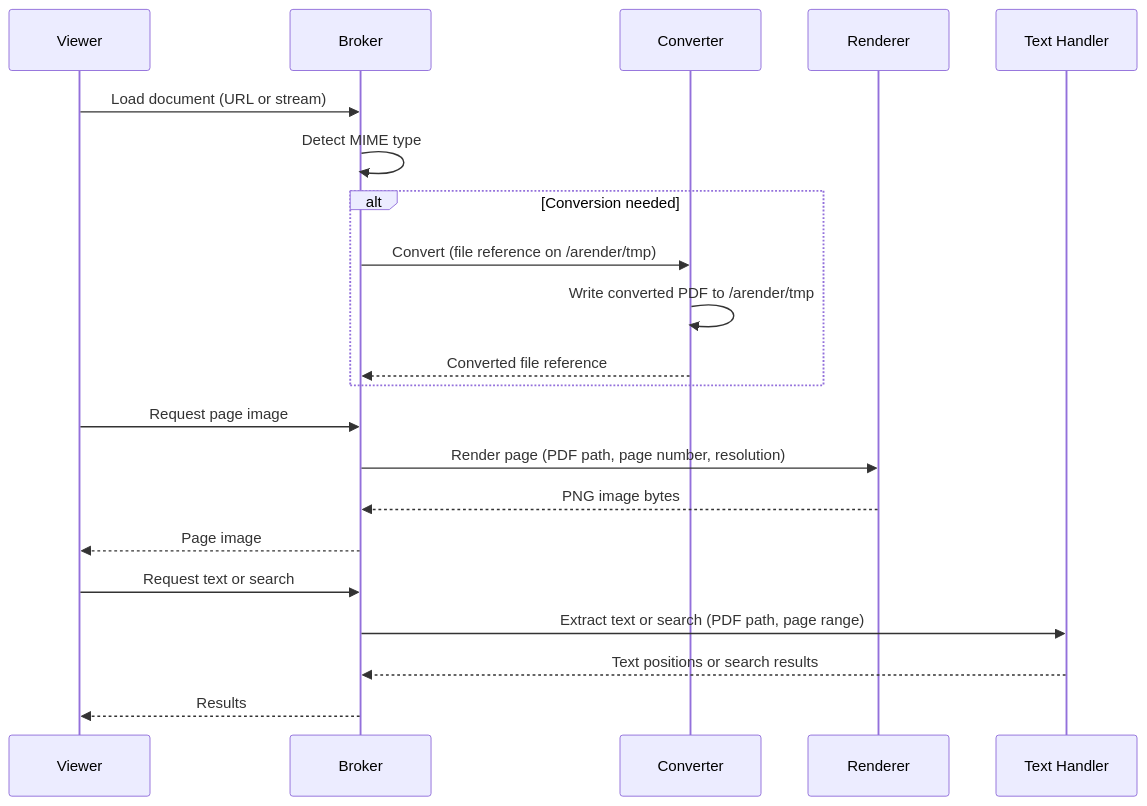
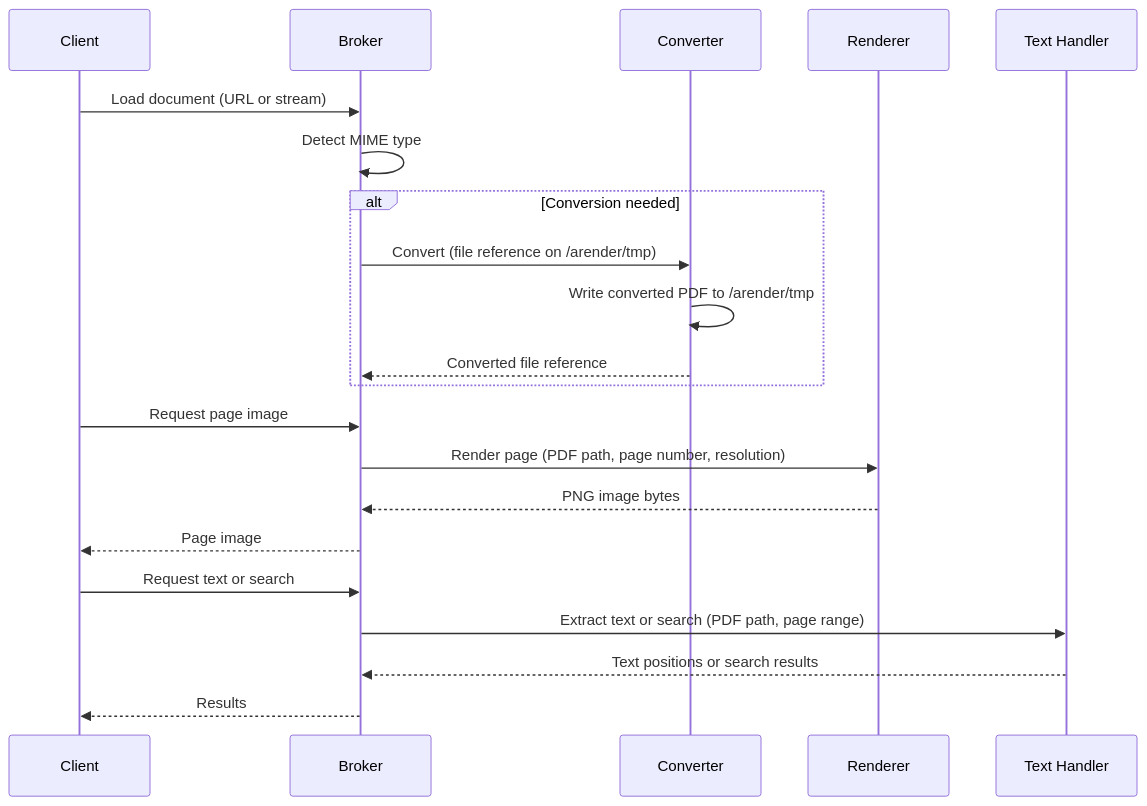
The third of 3 diagrams in docs/arender/overview/architecture.md (Uxopian/uxodocs), drawn with Mermaid before and after one commit. The commit also changed other lines of this file and 62 other files, not shown here.

````diff
--- a/docs/arender/overview/architecture.md
+++ b/docs/arender/overview/architecture.md
@@ -236,24 +229,24 @@
 ```mermaid
 sequenceDiagram
-    participant V as Viewer
+    participant C as Client
     participant SB as Broker
     participant DC as Converter
     participant DR as Renderer
     participant DT as Text Handler
 
-    V->>SB: Load document (URL or stream)
+    C->>SB: Load document (URL or stream)
     SB->>SB: Detect MIME type
     alt Conversion needed
         SB->>DC: Convert (file reference on /arender/tmp)
         DC->>DC: Write converted PDF to /arender/tmp
         DC-->>SB: Converted file reference
     end
-    V->>SB: Request page image
+    C->>SB: Request page image
     SB->>DR: Render page (PDF path, page number, resolution)
     DR-->>SB: PNG image bytes
-    SB-->>V: Page image
-    V->>SB: Request text or search
+    SB-->>C: Page image
+    C->>SB: Request text or search
     SB->>DT: Extract text or search (PDF path, page range)
     DT-->>SB: Text positions or search results
-    SB-->>V: Results
+    SB-->>C: Results
 ```
````
